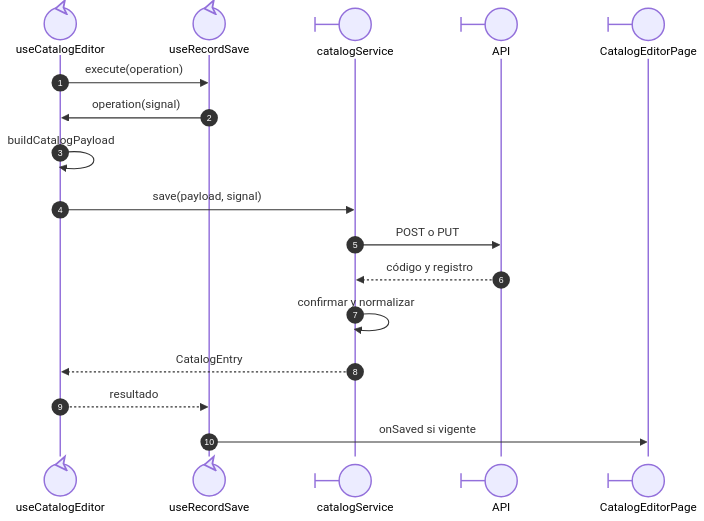
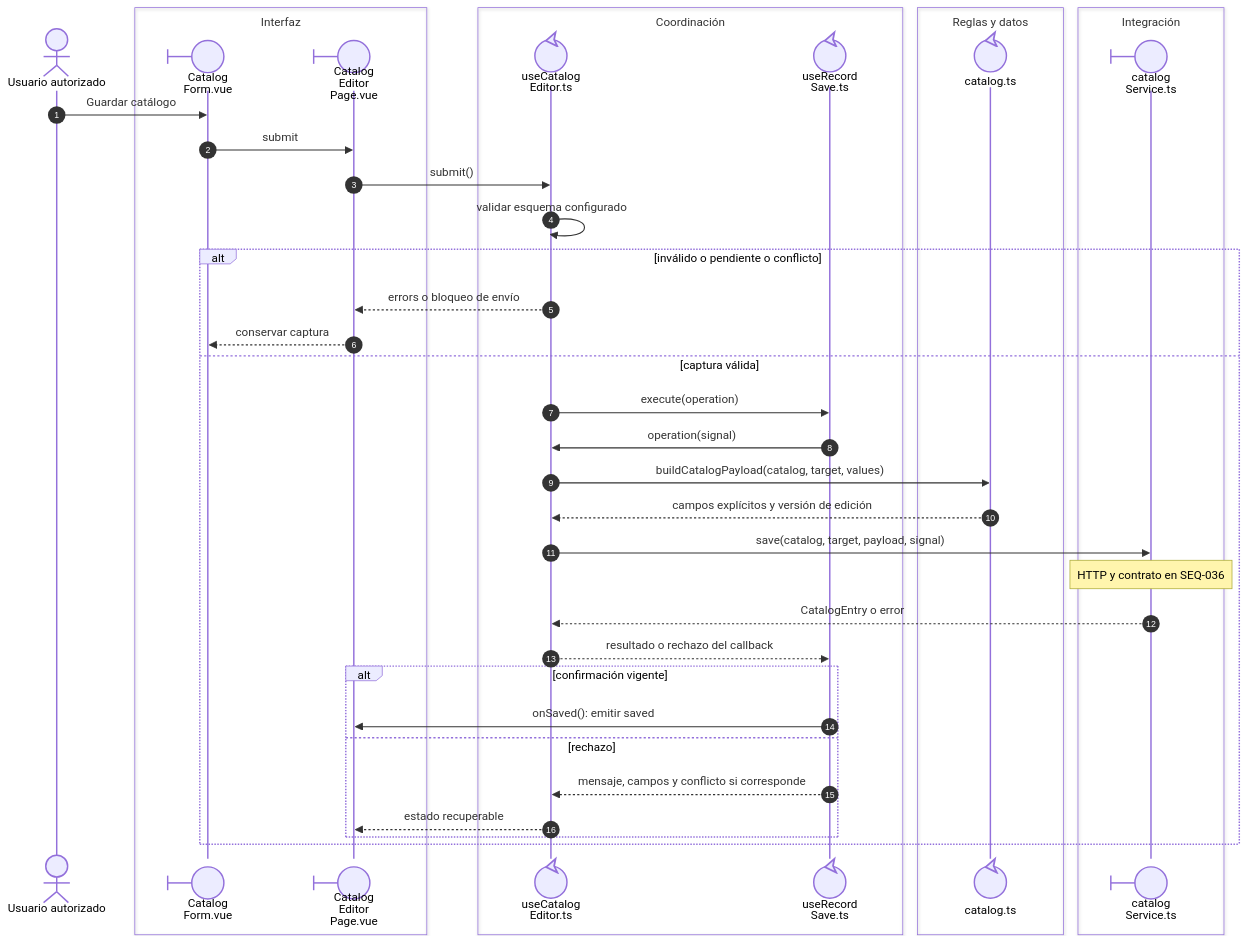
The first of 2 diagrams in front/docs/architecture/views/processes/03-catalogs-and-directory/01-catalog-record-save.md (gpgsistemas01/nexus), drawn with Mermaid before and after one commit. The commit also changed other lines of this file and 46 other files, not shown here.

````diff
--- a/front/docs/architecture/views/processes/03-catalogs-and-directory/01-catalog-record-save.md
+++ b/front/docs/architecture/views/processes/03-catalogs-and-directory/01-catalog-record-save.md
@@ -15,19 +13,42 @@
 ```mermaid
 sequenceDiagram
     autonumber
-    participant Editor@{ "type": "control" } as useCatalogEditor
-    participant Save@{ "type": "control" } as useRecordSave
-    participant Service@{ "type": "boundary" } as catalogService
-    participant API@{ "type": "boundary" } as API
-    participant Page@{ "type": "boundary" } as CatalogEditorPage
-    Editor->>Save: execute(operation)
-    Save->>Editor: operation(signal)
-    Editor->>Editor: buildCatalogPayload
-    Editor->>Service: save(payload, signal)
-    Service->>API: POST o PUT
-    API-->>Service: código y registro
-    Service->>Service: confirmar y normalizar
-    Service-->>Editor: CatalogEntry
-    Editor-->>Save: resultado
-    Save->>Page: onSaved si vigente
+    actor U as Usuario autorizado
+    box Interfaz
+    participant Form@{ "type": "boundary" } as Catalog<br/>Form.vue
+    participant Page@{ "type": "boundary" } as Catalog<br/>Editor<br/>Page.vue
+    end
+    box Coordinación
+    participant Editor@{ "type": "control" } as useCatalog<br/>Editor.ts
+    participant Save@{ "type": "control" } as useRecord<br/>Save.ts
+    end
+    box Reglas y datos
+    participant Payload@{ "type": "control" } as catalog.ts
+    end
+    box Integración
+    participant Service@{ "type": "boundary" } as catalog<br/>Service.ts
+    end
+    U->>Form: Guardar catálogo
+    Form->>Page: submit
+    Page->>Editor: submit()
+    Editor->>Editor: validar esquema configurado
+    alt inválido o pendiente o conflicto
+        Editor-->>Page: errors o bloqueo de envío
+        Page-->>Form: conservar captura
+    else captura válida
+        Editor->>Save: execute(operation)
+        Save->>Editor: operation(signal)
+        Editor->>Payload: buildCatalogPayload(catalog, target, values)
+        Payload-->>Editor: campos explícitos y versión de edición
+        Editor->>Service: save(catalog, target, payload, signal)
+        Note over Service: HTTP y contrato en SEQ-036
+        Service-->>Editor: CatalogEntry o error
+        Editor-->>Save: resultado o rechazo del callback
+        alt confirmación vigente
+            Save->>Page: onSaved(): emitir saved
+        else rechazo
+            Save-->>Editor: mensaje, campos y conflicto si corresponde
+            Editor-->>Page: estado recuperable
+        end
+    end
 ```
````
